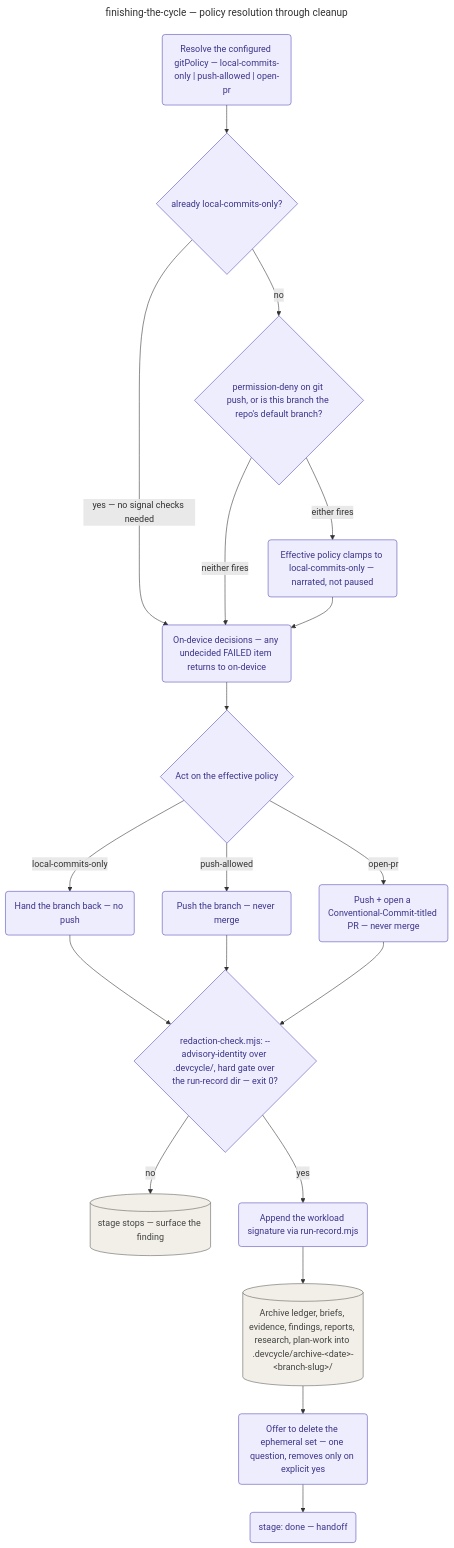
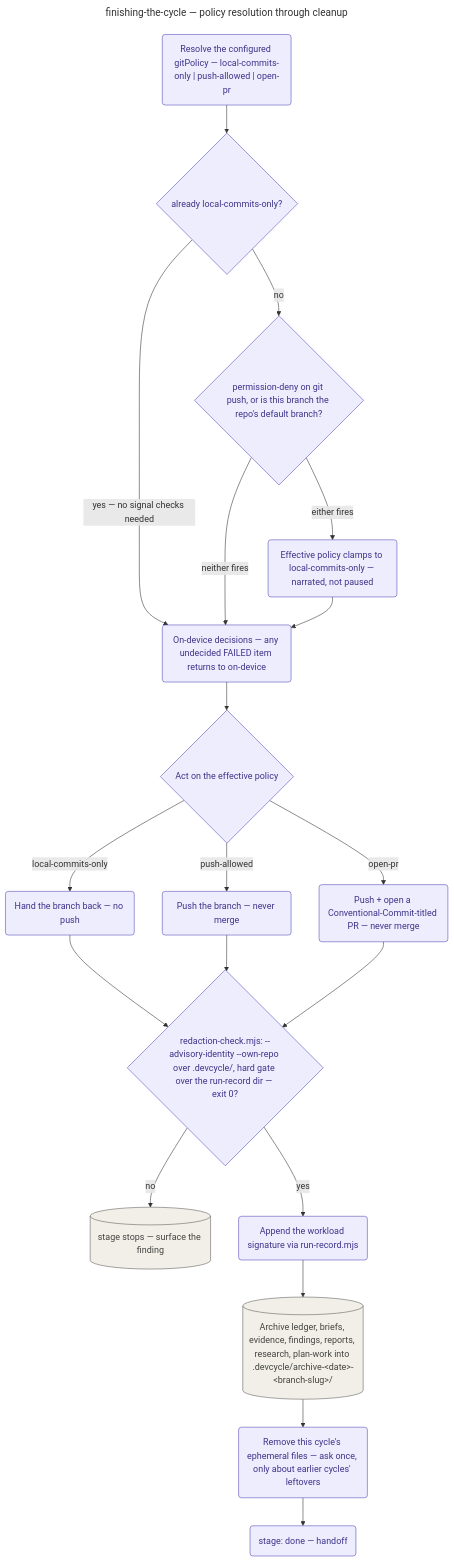
Before and after one commit to KonstantinRoehrl/devcycle: the diagram in docs/playbooks/finishing-the-cycle/README.md, drawn with Mermaid. The commit also changed other lines of this file and 38 other files, not shown here.

Commit message:
fix(drive): hold a driven coordinator's turn open, stop two finish-stage corrections and let the on-device driver pick its browser (#404, #431, #432, #430, #433, #421)

````diff
--- a/docs/playbooks/finishing-the-cycle/README.md
+++ b/docs/playbooks/finishing-the-cycle/README.md
@@ -65,33 +71,33 @@
 ```mermaid
 ---
 title: finishing-the-cycle — policy resolution through cleanup
-accDescr: Playbook-internal flowchart of the finish stage, from resolving the configured git policy through the permission and protected-branch signal checks, acting on the effective policy, the redaction and workload gates, the unconditional archive copy, and the ephemeral-cleanup offer.
+accDescr: Playbook-internal flowchart of the finish stage, from resolving the configured git policy through the permission and protected-branch signal checks, acting on the effective policy, the redaction and workload gates, the unconditional archive copy, and the ephemeral cleanup.
 ---
 flowchart TD
     CFG("Resolve the configured gitPolicy — local-commits-only | push-allowed | open-pr"):::stage
     CFG --> FLOOR{"already local-commits-only?"}:::stage
     FLOOR -->|"yes — no signal checks needed"| GUARD
     FLOOR -->|"no"| SIGNALS{"permission-deny on git push, or is this branch the repo's default branch?"}:::stage
     SIGNALS -->|"either fires"| CLAMP("Effective policy clamps to local-commits-only — narrated, not paused"):::stage
     SIGNALS -->|"neither fires"| GUARD
     CLAMP --> GUARD
     GUARD("On-device decisions — any undecided FAILED item returns to on-device"):::stage
     GUARD --> ACT
     ACT{"Act on the effective policy"}:::stage
     ACT -->|"local-commits-only"| HANDBACK("Hand the branch back — no push"):::stage
     ACT -->|"push-allowed"| PUSH("Push the branch — never merge"):::stage
     ACT -->|"open-pr"| PR("Push + open a Conventional-Commit-titled PR — never merge"):::stage
     HANDBACK --> REDACT
     PUSH --> REDACT
     PR --> REDACT
-    REDACT{"redaction-check.mjs: --advisory-identity over .devcycle/, hard gate over the run-record dir — exit 0?"}:::stage
+    REDACT{"redaction-check.mjs: --advisory-identity --own-repo over .devcycle/, hard gate over the run-record dir — exit 0?"}:::stage
     REDACT -->|"no"| STOP[("stage stops — surface the finding")]:::structural
     REDACT -->|"yes"| RECORD("Append the workload signature via run-record.mjs"):::stage
     RECORD --> ARCHIVE[("Archive ledger, briefs, evidence, findings, reports, research, plan-work into .devcycle/archive-&lt;date&gt;-&lt;branch-slug&gt;/")]:::structural
-    ARCHIVE --> CLEAN("Offer to delete the ephemeral set — one question, removes only on explicit yes"):::stage
+    ARCHIVE --> CLEAN("Remove this cycle's ephemeral files — ask once, only about earlier cycles' leftovers"):::stage
     CLEAN --> DONE("stage: done — handoff"):::stage
 
     classDef stage fill:#EEEDFE,stroke:#534AB7,color:#3C3489;
     classDef tool fill:#E1F5EE,stroke:#0F6E56,color:#085041,stroke-dasharray:5 5;
     classDef structural fill:#F1EFE8,stroke:#5F5E5A,color:#444441;
 ```
````
